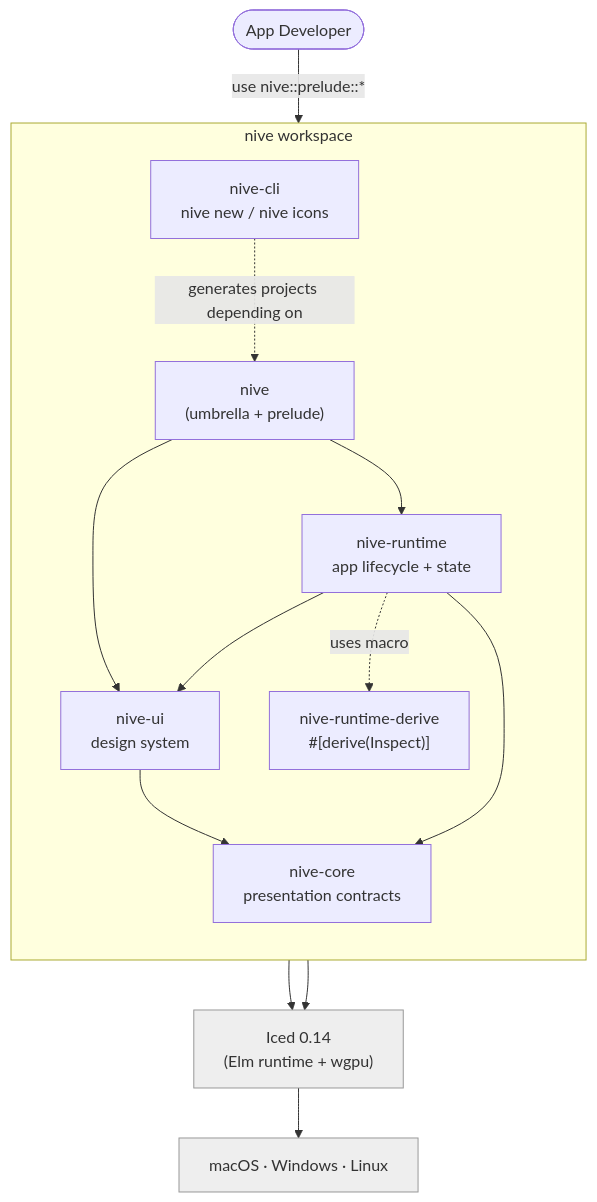
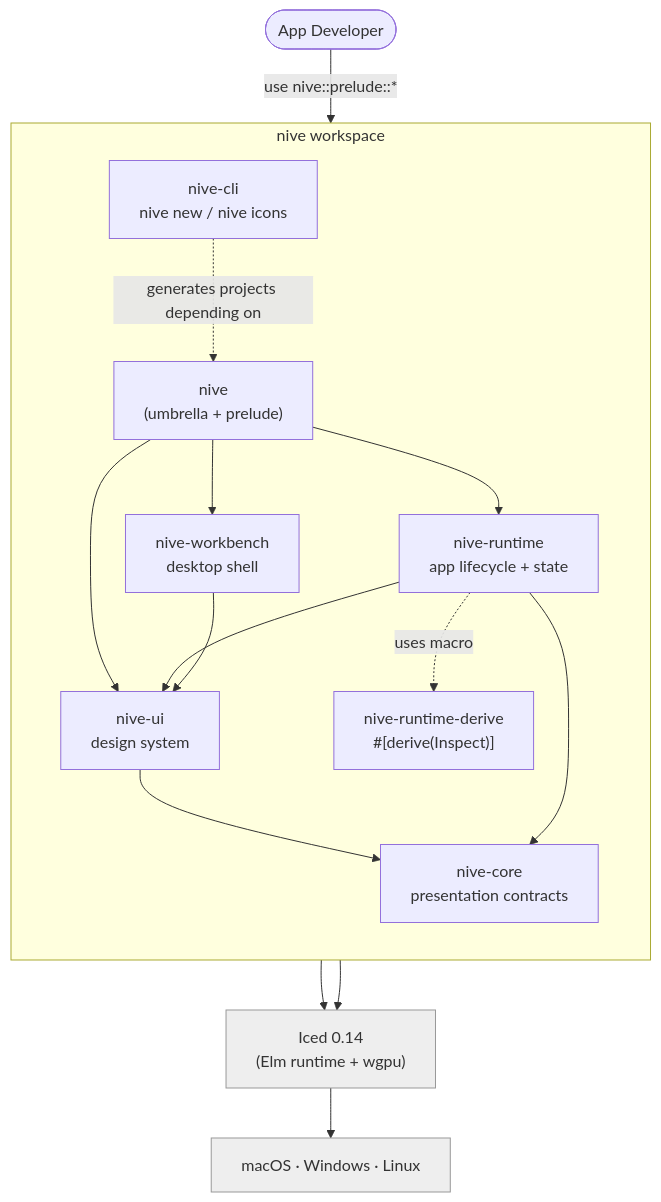
Before and after one commit to JirlanSouza/nive: the diagram in docs/architecture/README.md, drawn with Mermaid. The commit also changed other lines of this file and 11 other files, not shown here.

````diff
--- a/docs/architecture/README.md
+++ b/docs/architecture/README.md
@@ -32,29 +30,32 @@
 ```mermaid
 flowchart TD
     dev([App Developer]) -->|use nive::prelude::*| nive
 
     subgraph nive["nive workspace"]
         direction TB
         umbrella["nive<br/>(umbrella + prelude)"]
         ui["nive-ui<br/>design system"]
         rt["nive-runtime<br/>app lifecycle + state"]
         core["nive-core<br/>presentation contracts"]
         derive["nive-runtime-derive<br/>#[derive(Inspect)]"]
+        workbench["nive-workbench<br/>desktop shell"]
         cli["nive-cli<br/>nive new / nive icons"]
 
         umbrella --> ui
         umbrella --> rt
+        umbrella --> workbench
         rt --> ui
         ui --> core
         rt --> core
+        workbench --> ui
         rt -. uses macro .-> derive
     end
 
     ui --> iced["Iced 0.14<br/>(Elm runtime + wgpu)"]
     rt --> iced
     iced --> os["macOS · Windows · Linux"]
     cli -.->|generates projects depending on| umbrella
 
     classDef ext fill:#eee,stroke:#999,color:#333;
     class iced,os ext;
 ```
````
